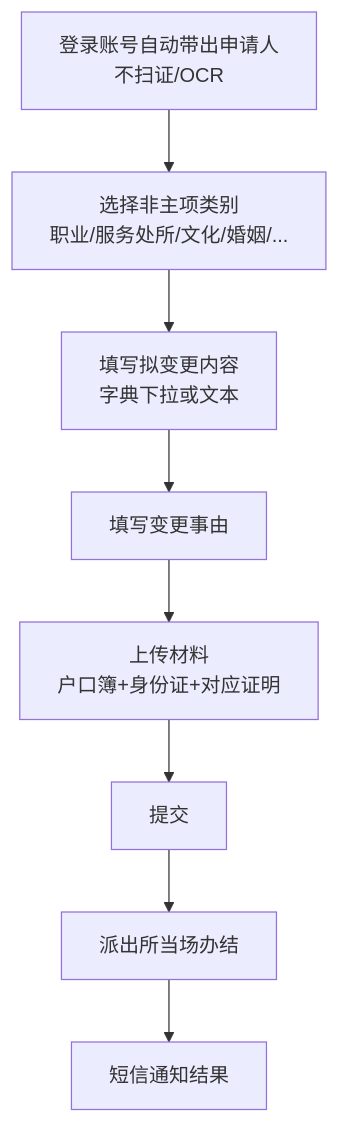
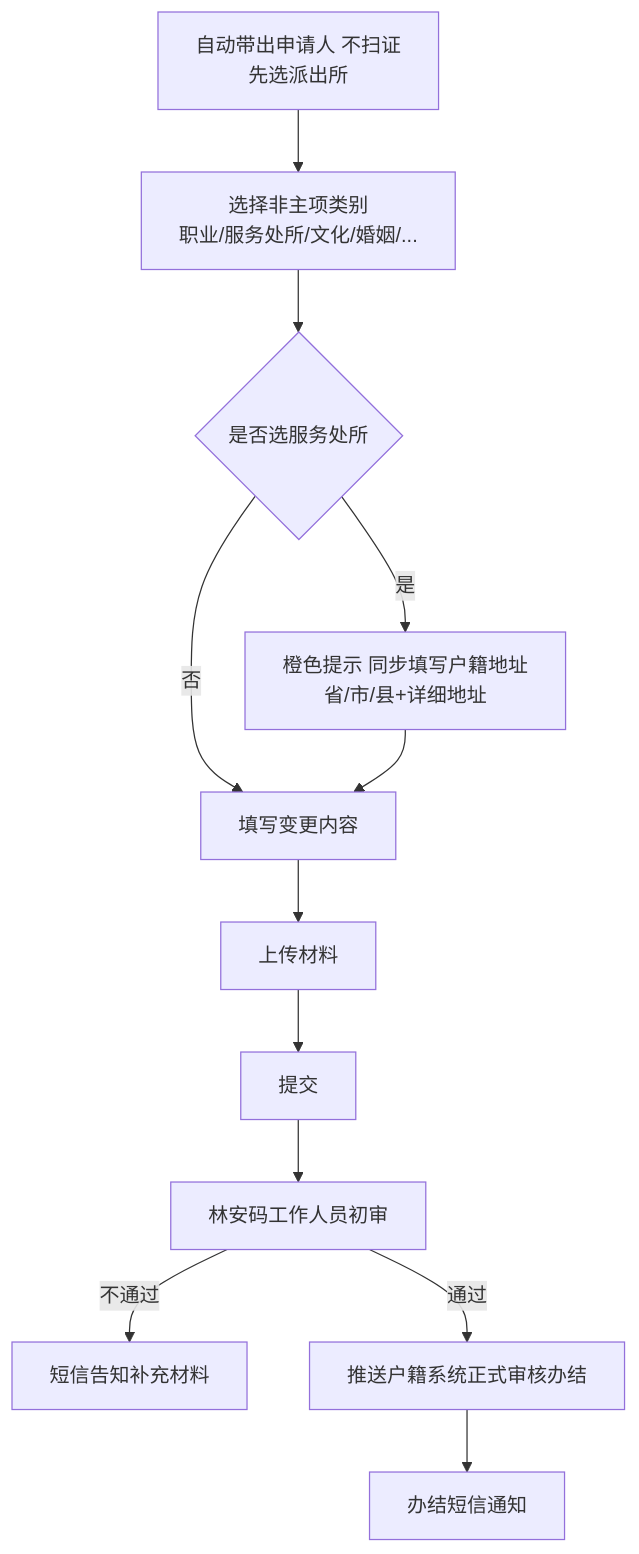
The sixth of 9 diagrams in 户政业务功能说明.md (ikid-zhang/linzhi-miniprogram-prototype), drawn with Mermaid before and after one commit. The commit also changed other lines of this file and 1 other file, not shown here.

````diff
--- a/户政业务功能说明.md
+++ b/户政业务功能说明.md
@@ -316,9 +392,14 @@
 ```mermaid
 flowchart TD
-    A[登录账号自动带出申请人<br/>不扫证/OCR] --> B[选择非主项类别<br/>职业/服务处所/文化/婚姻/...]
-    B --> C[填写拟变更内容<br/>字典下拉或文本]
-    C --> D[填写变更事由]
-    D --> E[上传材料<br/>户口簿+身份证+对应证明]
-    E --> F[提交] --> G[派出所当场办结]
-    G --> R[短信通知结果]
+    A[自动带出申请人 不扫证<br/>先选派出所] --> B[选择非主项类别<br/>职业/服务处所/文化/婚姻/...]
+    B --> C{是否选服务处所}
+    C -->|是| C1[橙色提示 同步填写户籍地址<br/>省/市/县+详细地址]
+    C -->|否| D[填写变更内容]
+    C1 --> D
+    D --> E[上传材料]
+    E --> F[提交]
+    F --> G[林安码工作人员初审]
+    G -->|不通过| R[短信告知补充材料]
+    G -->|通过| H[推送户籍系统正式审核办结]
+    H --> I[办结短信通知]
 ```
````
